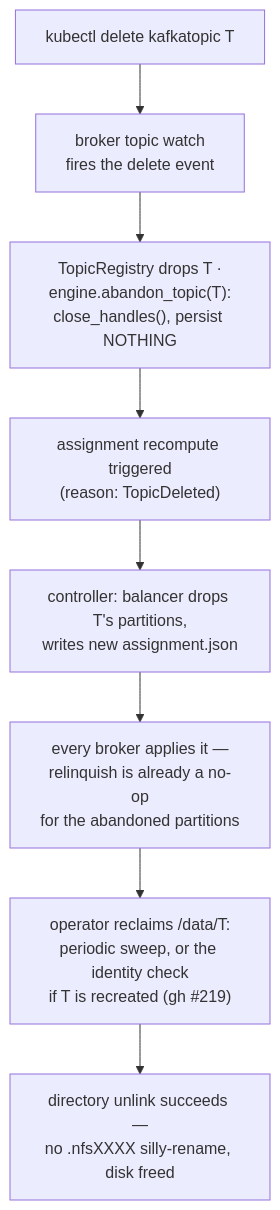
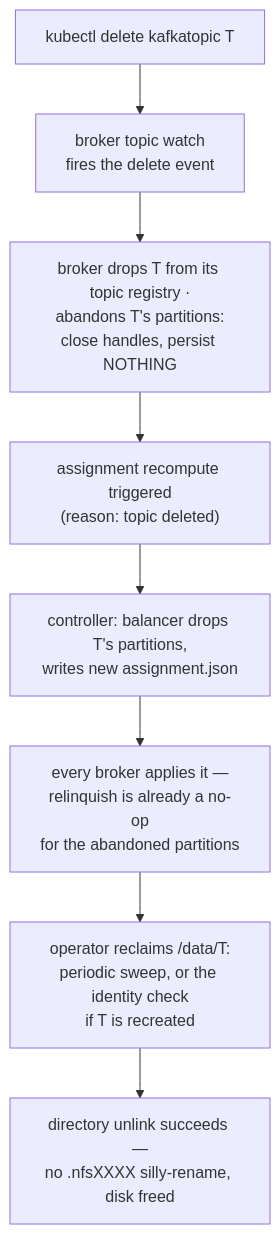
Before and after one commit to Woestebanaan/kaas: the diagram in docs/src/architecture/file-handles.md, drawn with Mermaid. The commit also changed other lines of this file and 35 other files, not shown here.

````diff
--- a/docs/src/architecture/file-handles.md
+++ b/docs/src/architecture/file-handles.md
@@ -14,10 +63,10 @@
 ```mermaid
 flowchart TD
     del["kubectl delete kafkatopic T"] --> watch["broker topic watch<br/>fires the delete event"]
-    watch --> abandon["TopicRegistry drops T ·<br/>engine.abandon_topic(T):<br/>close_handles(), persist NOTHING"]
-    abandon --> notify["assignment recompute triggered<br/>(reason: TopicDeleted)"]
+    watch --> abandon["broker drops T from its topic registry ·<br/>abandons T's partitions:<br/>close handles, persist NOTHING"]
+    abandon --> notify["assignment recompute triggered<br/>(reason: topic deleted)"]
     notify --> ctl["controller: balancer drops T's partitions,<br/>writes new assignment.json"]
     ctl --> apply["every broker applies it —<br/>relinquish is already a no-op<br/>for the abandoned partitions"]
-    apply --> reclaim["operator reclaims /data/T:<br/>periodic sweep, or the identity check<br/>if T is recreated (gh #219)"]
+    apply --> reclaim["operator reclaims /data/T:<br/>periodic sweep, or the identity check<br/>if T is recreated"]
     reclaim --> disk["directory unlink succeeds —<br/>no .nfsXXXX silly-rename, disk freed"]
 ```
````
